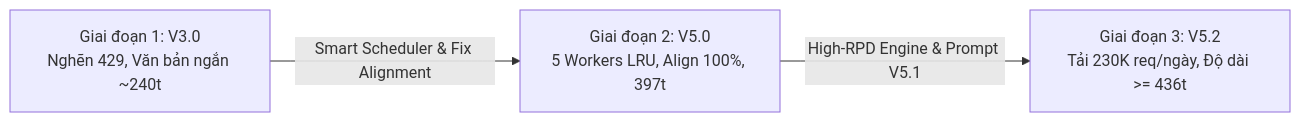
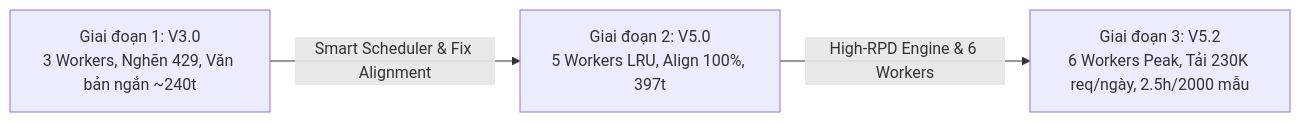
Before and after one commit to TheUn4given123jkbkjs/Viettel_Race_2026: the first of 2 diagrams in Long_folder/docs_Long/Performance_And_Quality_Impact_Analysis.md, drawn with Mermaid. The commit also changed other lines of this file and 1 other file, not shown here.

Commit message:
docs: update performance report and auto_adjust_workers to 6 peak workers

````diff
--- a/Long_folder/docs_Long/Performance_And_Quality_Impact_Analysis.md
+++ b/Long_folder/docs_Long/Performance_And_Quality_Impact_Analysis.md
@@ -17,5 +17,5 @@
 ```mermaid
 graph LR
-    A[Giai đoạn 1: V3.0\nNghẽn 429, Văn bản ngắn ~240t] -->|Smart Scheduler & Fix Alignment| B[Giai đoạn 2: V5.0\n5 Workers LRU, Align 100%, 397t]
-    B -->|High-RPD Engine & Prompt V5.1| C[Giai đoạn 3: V5.2\nTải 230K req/ngày, Độ dài >= 436t]
+    A[Giai đoạn 1: V3.0\n3 Workers, Nghẽn 429, Văn bản ngắn ~240t] -->|Smart Scheduler & Fix Alignment| B[Giai đoạn 2: V5.0\n5 Workers LRU, Align 100%, 397t]
+    B -->|High-RPD Engine & 6 Workers| C[Giai đoạn 3: V5.2\n6 Workers Peak, Tải 230K req/ngày, 2.5h/2000 mẫu]
 ```
````
